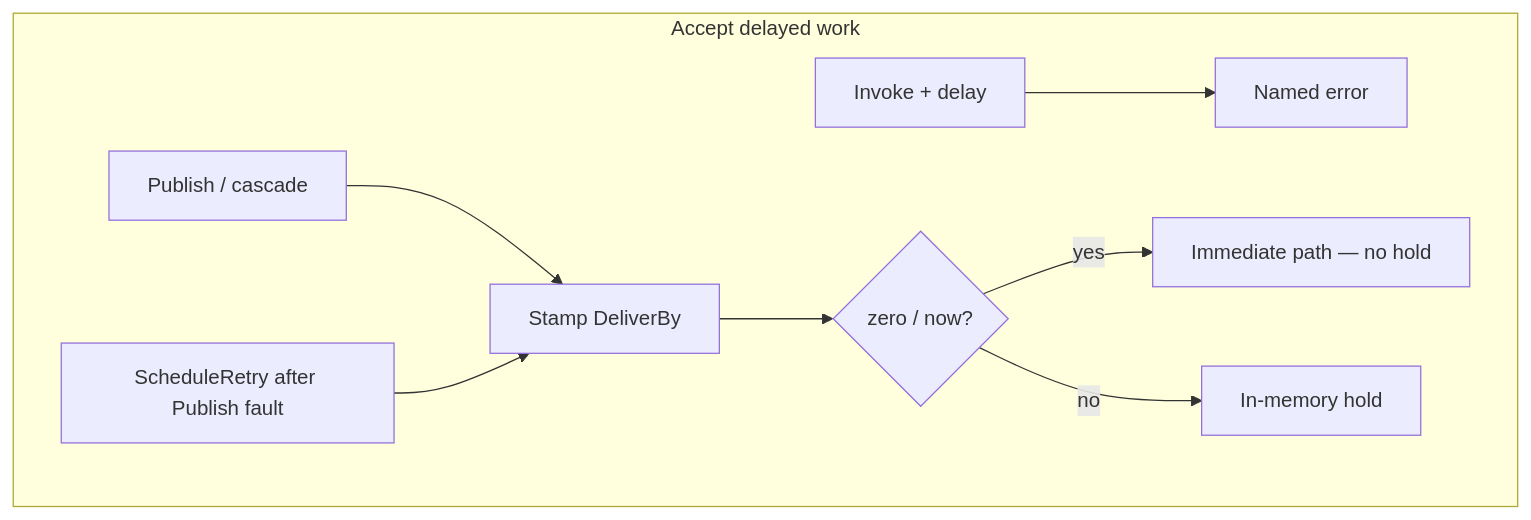
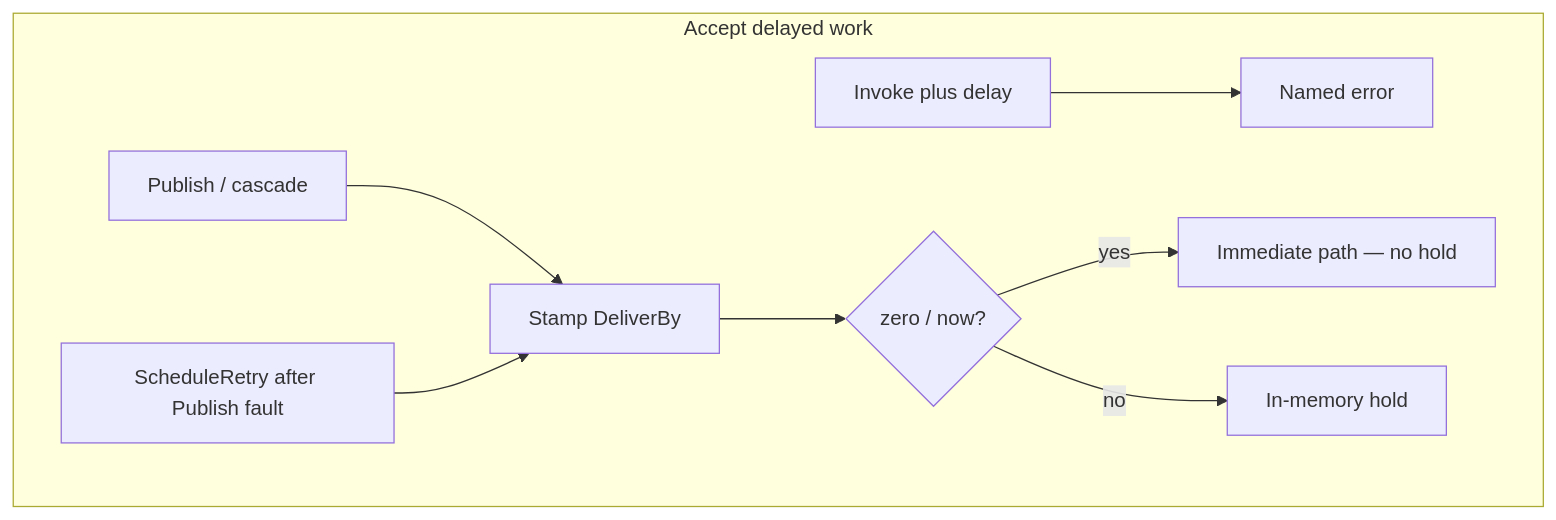
One commit to charliemartin0/Miniverine changed the first of 2 diagrams in specs/miniverine-scheduling.md. Above: the diagram before and after it, drawn with Mermaid. The commit also changed other lines of this file, not shown here.

````diff
--- a/specs/miniverine-scheduling.md
+++ b/specs/miniverine-scheduling.md
@@ -121,14 +125,14 @@
 ```mermaid
 flowchart TB
   subgraph accept ["Accept delayed work"]
-    Inv[Invoke + delay]
+    Inv[Invoke plus delay]
     Pub[Publish / cascade]
     SR[ScheduleRetry after Publish fault]
     Inv --> Err[Named error]
     Pub --> Stamp[Stamp DeliverBy]
     SR --> Stamp
     Stamp --> Zero{zero / now?}
     Zero -->|yes| Imm[Immediate path — no hold]
     Zero -->|no| Hold[In-memory hold]
   end
 ```
````
